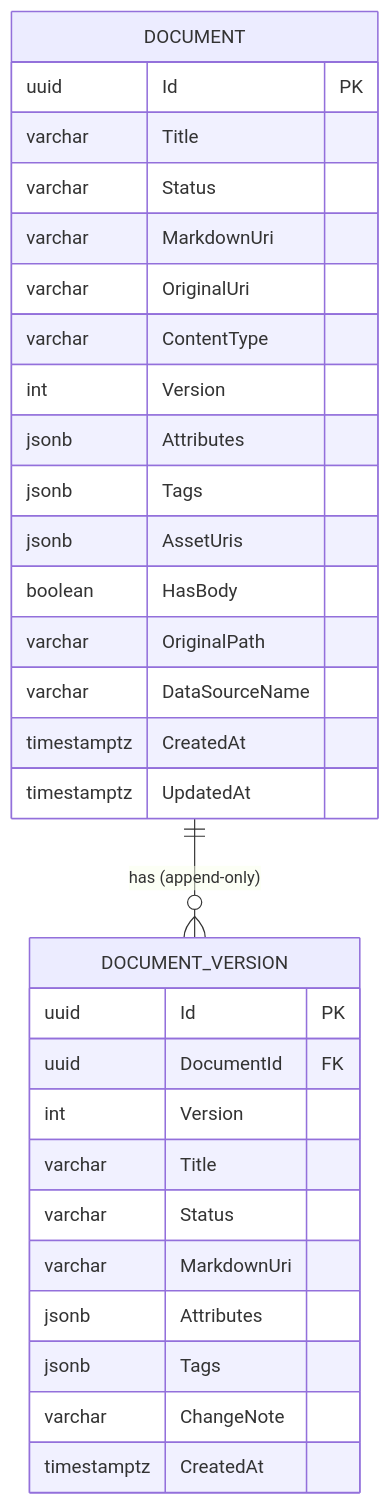
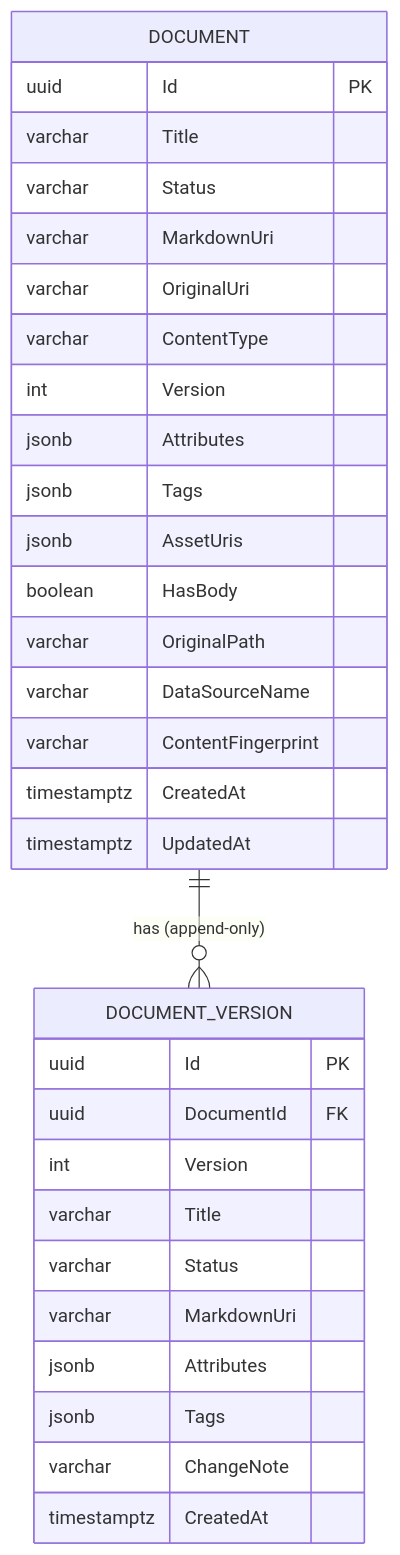
The diagram in docs/data/document-and-version.md (endazon/microservices-platform), drawn with Mermaid before and after one commit. The commit also changed other lines of this file and 4 other files, not shown here.

````diff
--- a/docs/data/document-and-version.md
+++ b/docs/data/document-and-version.md
@@ -93,33 +94,34 @@
 ```mermaid
 erDiagram
     DOCUMENT ||--o{ DOCUMENT_VERSION : "has (append-only)"
     DOCUMENT {
         uuid Id PK
         varchar Title
         varchar Status
         varchar MarkdownUri
         varchar OriginalUri
         varchar ContentType
         int Version
         jsonb Attributes
         jsonb Tags
         jsonb AssetUris
         boolean HasBody
         varchar OriginalPath
         varchar DataSourceName
+        varchar ContentFingerprint
         timestamptz CreatedAt
         timestamptz UpdatedAt
     }
     DOCUMENT_VERSION {
         uuid Id PK
         uuid DocumentId FK
         int Version
         varchar Title
         varchar Status
         varchar MarkdownUri
         jsonb Attributes
         jsonb Tags
         varchar ChangeNote
         timestamptz CreatedAt
     }
 ```
````
